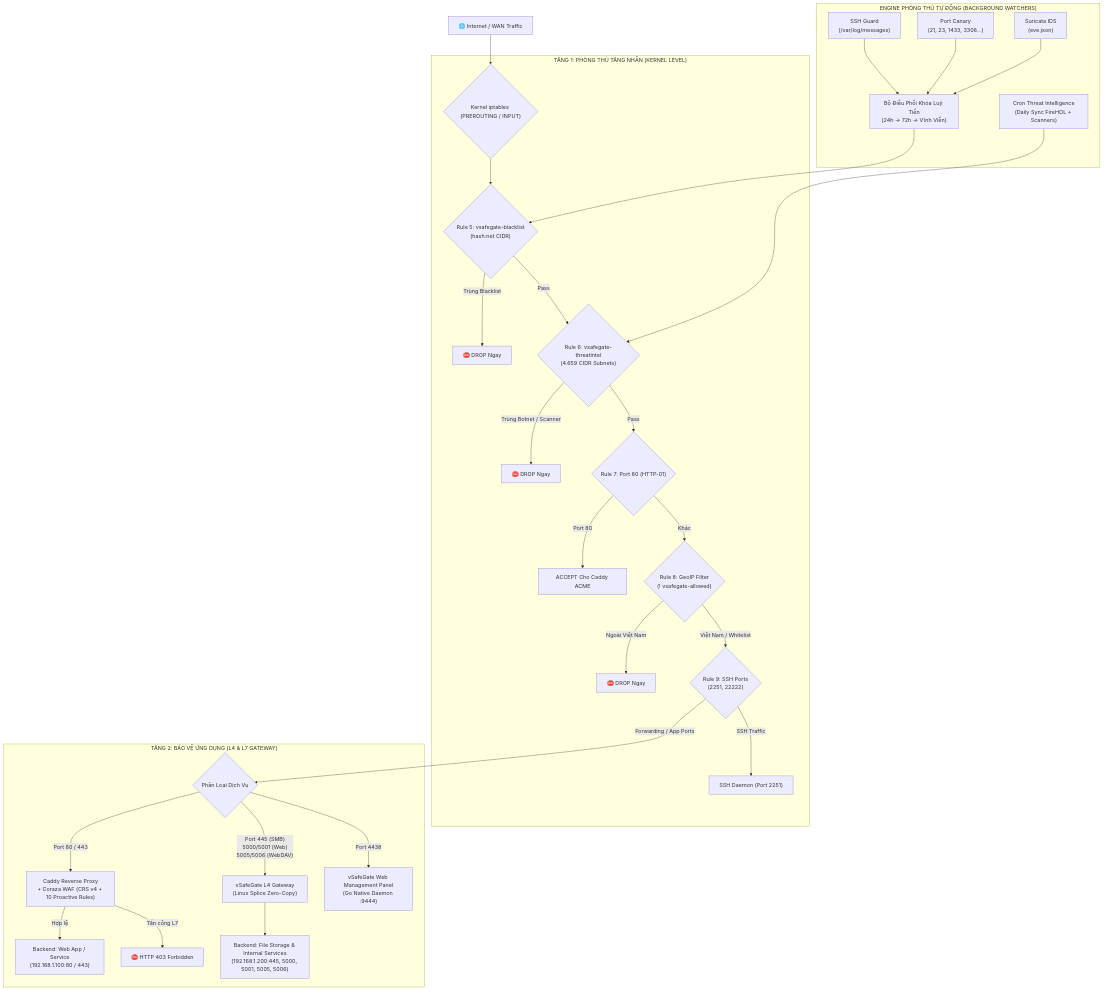
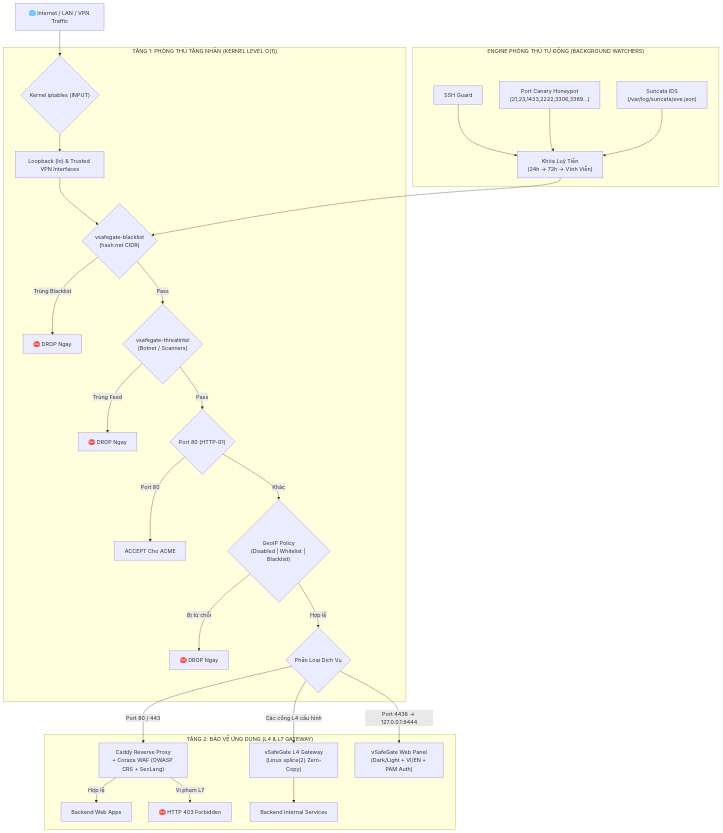
One commit to daovantrong/vSafeGate changed the diagram in README.md. Above: the diagram before and after it, drawn with Mermaid. The commit also changed other lines of this file and 3 other files, not shown here.

````diff
--- a/README.md
+++ b/README.md
@@ -31,42 +150,40 @@
 ```mermaid
 flowchart TD
-    Client["🌐 Internet / WAN Traffic"] --> IPTables{"Kernel iptables (PREROUTING / INPUT)"}
+    Client["🌐 Internet / LAN / VPN Traffic"] --> IPTables{"Kernel iptables (INPUT)"}
 
-    subgraph Tier1["TẦNG 1: PHÒNG THỦ TẦNG NHÂN (KERNEL LEVEL)"]
-        IPTables --> SetBlacklist{"Rule 5: vsafegate-blacklist\n(hash:net CIDR)"}
+    subgraph Tier1["TẦNG 1: PHÒNG THỦ TẦNG NHÂN (KERNEL LEVEL O(1))"]
+        IPTables --> TrustedIF["Loopback (lo) & Trusted VPN Interfaces"]
+        TrustedIF --> SetBlacklist{"vsafegate-blacklist\n(hash:net CIDR)"}
         SetBlacklist -- "Trùng Blacklist" --> Drop1["⛔ DROP Ngay"]
-        
-        SetBlacklist -- "Pass" --> SetThreat{"Rule 6: vsafegate-threatintel\n(4.659 CIDR Subnets)"}
-        SetThreat -- "Trùng Botnet / Scanner" --> Drop2["⛔ DROP Ngay"]
-        
-        SetThreat -- "Pass" --> RuleHTTP{"Rule 7: Port 80 (HTTP-01)"}
-        RuleHTTP -- "Port 80" --> Accept1["ACCEPT Cho Caddy ACME"]
 
-        RuleHTTP -- "Khác" --> SetGeo{"Rule 8: GeoIP Filter\n(! vsafegate-allowed)"}
-        SetGeo -- "Ngoài Việt Nam" --> Drop3["⛔ DROP Ngay"]
+        SetBlacklist -- "Pass" --> SetThreat{"vsafegate-threatintel\n(Botnet / Scanners)"}
+        SetThreat -- "Trùng Feed" --> Drop2["⛔ DROP Ngay"]
 
-        SetGeo -- "Việt Nam / Whitelist" --> RuleSSH{"Rule 9: SSH Ports\n(2251, 22222)"}
-        RuleSSH -- "SSH Traffic" --> SSHD["SSH Daemon (Port 2251)"]
+        SetThreat -- "Pass" --> RuleHTTP{"Port 80 (HTTP-01)"}
+        RuleHTTP -- "Port 80" --> Accept1["ACCEPT Cho ACME"]
+
+        RuleHTTP -- "Khác" --> SetGeo{"GeoIP Policy\n(Disabled | Whitelist | Blacklist)"}
+        SetGeo -- "Bị từ chối" --> Drop3["⛔ DROP Ngay"]
+        SetGeo -- "Hợp lệ" --> Dispatcher
     end
 
     subgraph Tier2["TẦNG 2: BẢO VỆ ỨNG DỤNG (L4 & L7 GATEWAY)"]
-        RuleSSH -- "Forwarding / App Ports" --> Dispatcher{"Phân Loại Dịch Vụ"}
+        Dispatcher{"Phân Loại Dịch Vụ"}
 
-        Dispatcher -- "Port 80 / 443" --> CaddyWAF["Caddy Reverse Proxy\n+ Coraza WAF (CRS v4 + 10 Proactive Rules)"]
-        CaddyWAF -- "Hợp lệ" --> WebUpstream["Backend: Web App / Service\n(192.168.1.100:80 / 443)"]
-        CaddyWAF -- "Tấn công L7" --> Block403["⛔ HTTP 403 Forbidden"]
+        Dispatcher -- "Port 80 / 443" --> CaddyWAF["Caddy Reverse Proxy\n+ Coraza WAF (OWASP CRS + SecLang)"]
+        CaddyWAF -- "Hợp lệ" --> WebUpstream["Backend Web Apps"]
+        CaddyWAF -- "Vi phạm L7" --> Block403["⛔ HTTP 403 Forbidden"]
 
-        Dispatcher -- "Port 445 (SMB)\n5000/5001 (Web)\n5005/5006 (WebDAV)" --> L4Proxy["vSafeGate L4 Gateway\n(Linux Splice Zero-Copy)"]
-        L4Proxy --> NASBackend["Backend: File Storage & Internal Services\n(192.168.1.200:445, 5000, 5001, 5005, 5006)"]
+        Dispatcher -- "Các cổng L4 cấu hình" --> L4Proxy["vSafeGate L4 Gateway\n(Linux splice(2) Zero-Copy)"]
+        L4Proxy --> BackendL4["Backend Internal Services"]
 
-        Dispatcher -- "Port 4438" --> AdminPanel["vSafeGate Web Management Panel\n(Go Native Daemon :9444)"]
+        Dispatcher -- "Port 4438 -> 127.0.0.1:9444" --> AdminPanel["vSafeGate Web Panel\n(Dark/Light + VI/EN + PAM Auth)"]
     end
 
     subgraph DefenseEngine["ENGINE PHÒNG THỦ TỰ ĐỘNG (BACKGROUND WATCHERS)"]
-        SSHGuardWatcher["SSH Guard\n(/var/log/messages)"] --> EscalationBan["Bộ Điều Phối Khóa Luỹ Tiến\n(24h -> 72h -> Vĩnh Viễn)"]
-        CanaryHoneypot["Port Canary\n(21, 23, 1433, 3306...)"] --> EscalationBan
-        SuricataIDS["Suricata IDS\n(eve.json)"] --> EscalationBan
-        ThreatSync["Cron Threat Intelligence\n(Daily Sync FireHOL + Scanners)"] --> SetThreat
+        SSHGuardWatcher["SSH Guard"] --> EscalationBan["Khóa Luỹ Tiến\n(24h -> 72h -> Vĩnh Viễn)"]
+        CanaryHoneypot["Port Canary Honeypot\n(21,23,1433,2222,3306,3389...)"] --> EscalationBan
+        SuricataIDS["Suricata IDS\n(/var/log/suricata/eve.json)"] --> EscalationBan
         EscalationBan --> SetBlacklist
     end
 ```
````
